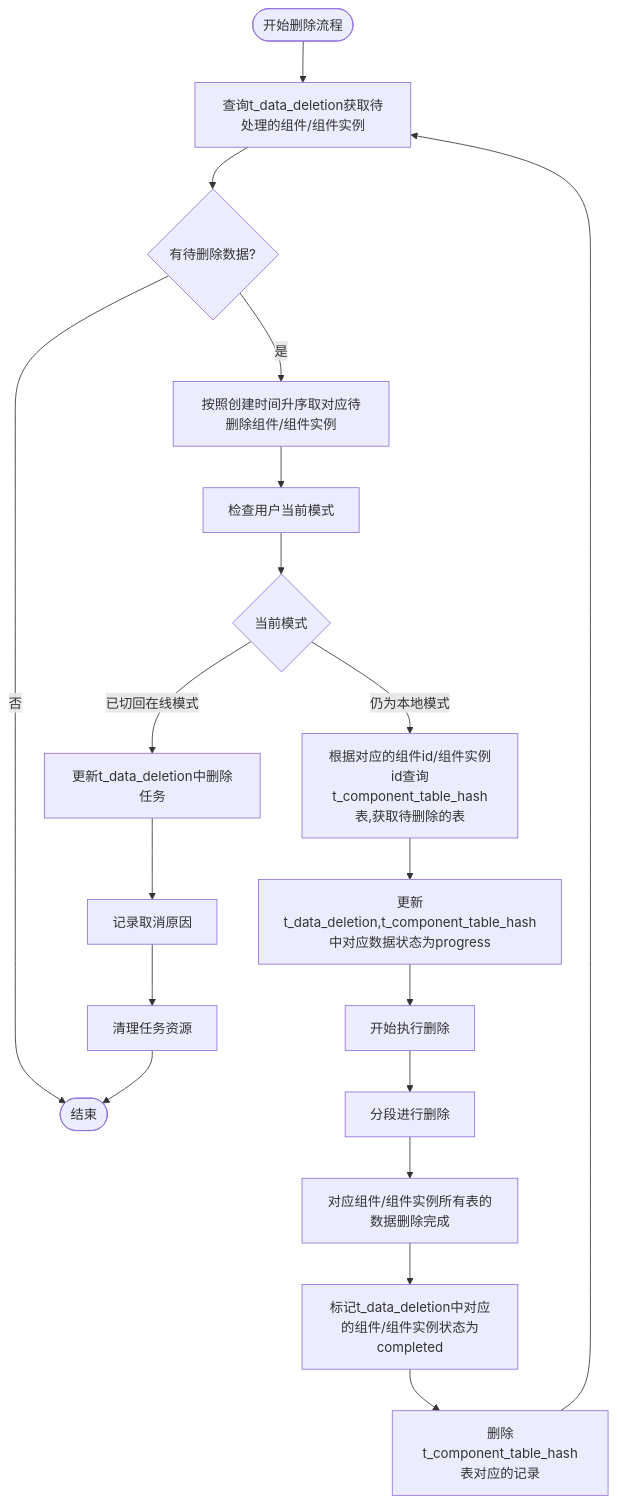
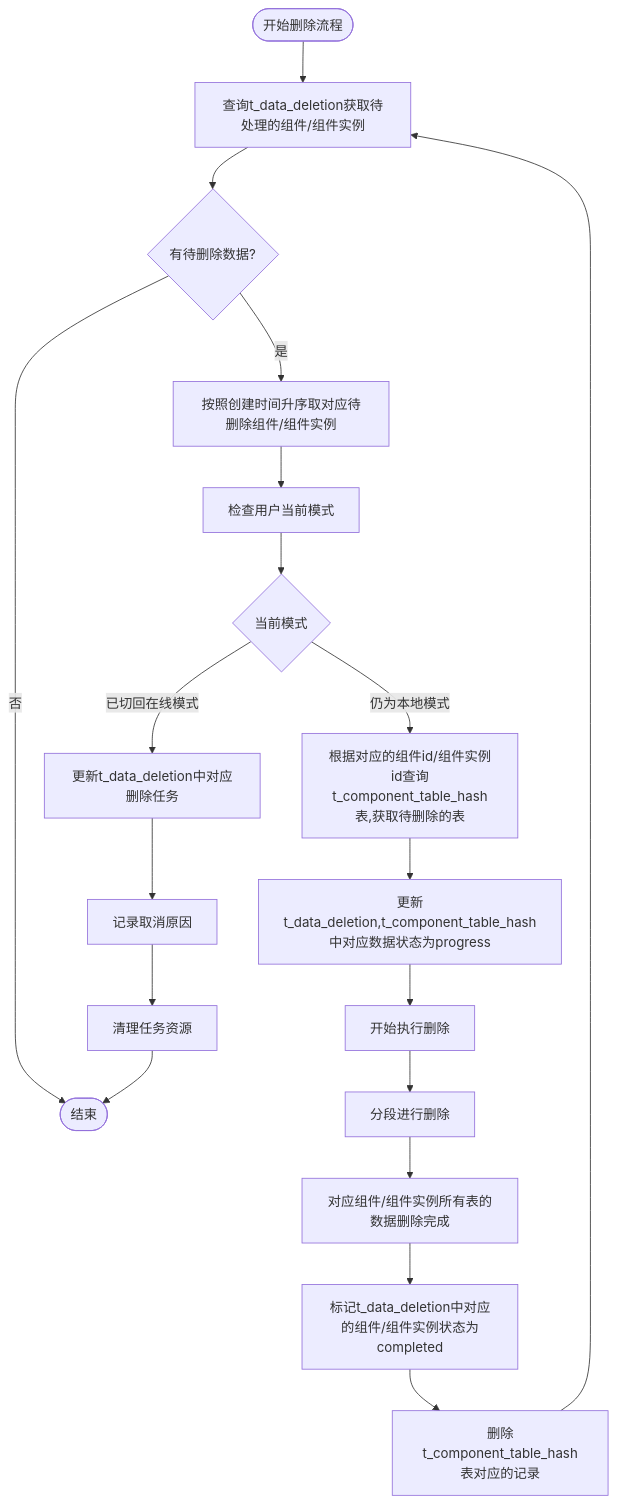
Before and after one commit to yingjianzh/iodraw-files: the diagram in all/未命名-51.md, drawn with Mermaid.

Commit message:
2025-05-08 15:51:02 update

````diff
--- a/all/未命名-51.md
+++ b/all/未命名-51.md
@@ -1,30 +1,30 @@
 ```mermaid
 flowchart TD
     Start([开始删除流程]) --> FetchTasks[查询t_data_deletion获取待处理的组件/组件实例]
     FetchTasks --> HasTasks{有待删除数据?}
     
     HasTasks -->|否| End([结束])
     HasTasks -->|是| PrioritizeTasks[按照创建时间升序取对应待删除组件/组件实例]
     
     PrioritizeTasks --> CheckUserMode[检查用户当前模式]
     
     CheckUserMode --> CurrentMode{当前模式}
-    CurrentMode -->|已切回在线模式| TaskCancel[更新t_data_deletion中删除任务]
+    CurrentMode -->|已切回在线模式| TaskCancel[更新t_data_deletion中对应删除任务]
     CurrentMode -->|仍为本地模式| LockTask[根据对应的组件id/组件实例id查询t_component_table_hash表,获取待删除的表]
     
     LockTask --> UpdateStatus[更新t_data_deletion,t_component_table_hash中对应数据状态为progress]
     UpdateStatus --> BeginDeletion[开始执行删除]
     
     BeginDeletion --> A[分段进行删除]
     
     A --> B[对应组件/组件实例所有表的数据删除完成]
     B --> MarkCompleted[标记t_data_deletion中对应的组件/组件实例状态为completed]
     
     MarkCompleted --> MarkHash[删除t_component_table_hash表对应的记录]
     
     TaskCancel --> LogCancellation[记录取消原因]
     LogCancellation --> CleanupTask[清理任务资源]
     
     MarkHash --> FetchTasks
     CleanupTask --> End
 ```
````
